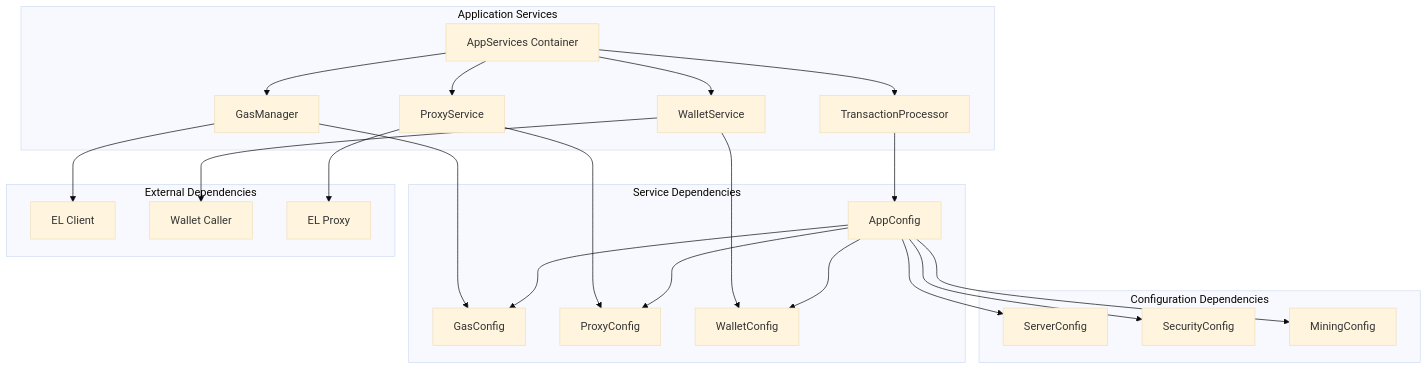
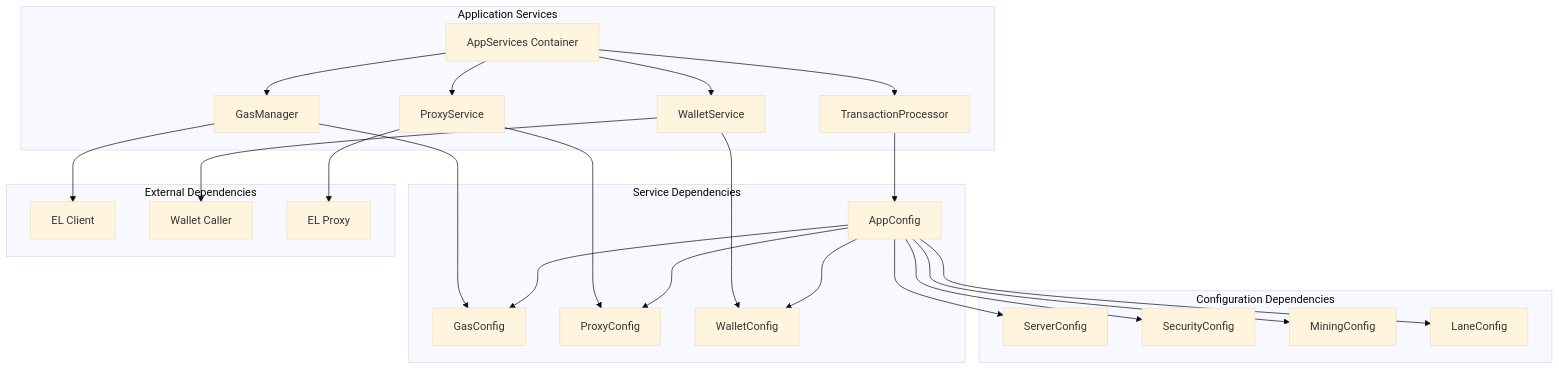
The third of 5 diagrams in doc/architecture.md (IgraLabs/igra-rpc-provider), drawn with Mermaid (base theme) before and after one commit. The commit also changed other lines of this file and 17 other files, not shown here.

````diff
--- a/doc/architecture.md
+++ b/doc/architecture.md
@@ -106,32 +107,33 @@
 ```mermaid
 graph TB
     subgraph "Application Services"
         AppServices[AppServices Container]
         AppServices --> TransactionProcessor
         AppServices --> GasManager
         AppServices --> ProxyService
         AppServices --> WalletService
     end
     
     subgraph "Service Dependencies"
         TransactionProcessor --> AppConfig
         GasManager --> GasConfig
         ProxyService --> ProxyConfig
         WalletService --> WalletConfig
     end
     
     subgraph "Configuration Dependencies"
         AppConfig --> ServerConfig
         AppConfig --> GasConfig
         AppConfig --> WalletConfig
         AppConfig --> ProxyConfig
         AppConfig --> SecurityConfig
         AppConfig --> MiningConfig
+        AppConfig --> LaneConfig
     end
     
     subgraph "External Dependencies"
         GasManager --> ELClient[EL Client]
         WalletService --> WalletCaller[Wallet Caller]
         ProxyService --> ELProxy[EL Proxy]
     end
 ```
````
